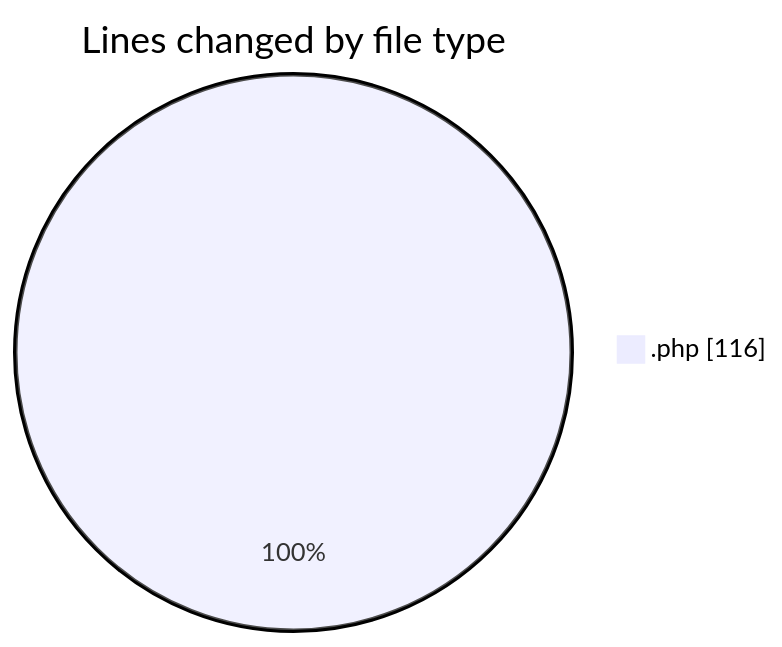
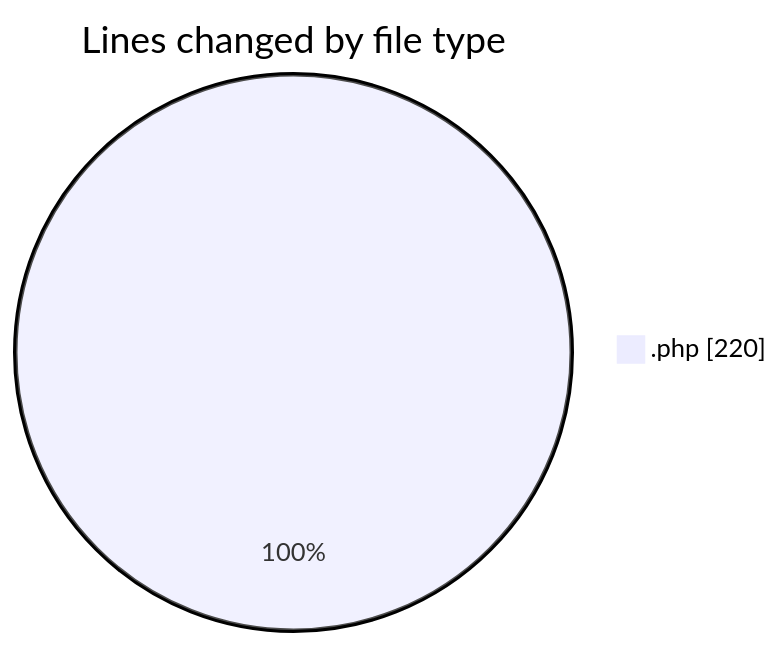
The first of 2 diagrams in 2025-04-13/autodidak/README.md (idhammustaqopulfikri/code-tracking), drawn with Mermaid before and after one commit. The commit also changed other lines of this file and 1 other file, not shown here.

````diff
--- a/2025-04-13/autodidak/README.md
+++ b/2025-04-13/autodidak/README.md
@@ -22,5 +23,5 @@
 ```mermaid
 pie showData
 title Lines changed by file type
-".php" : 116
+".php" : 220
 ```
````
